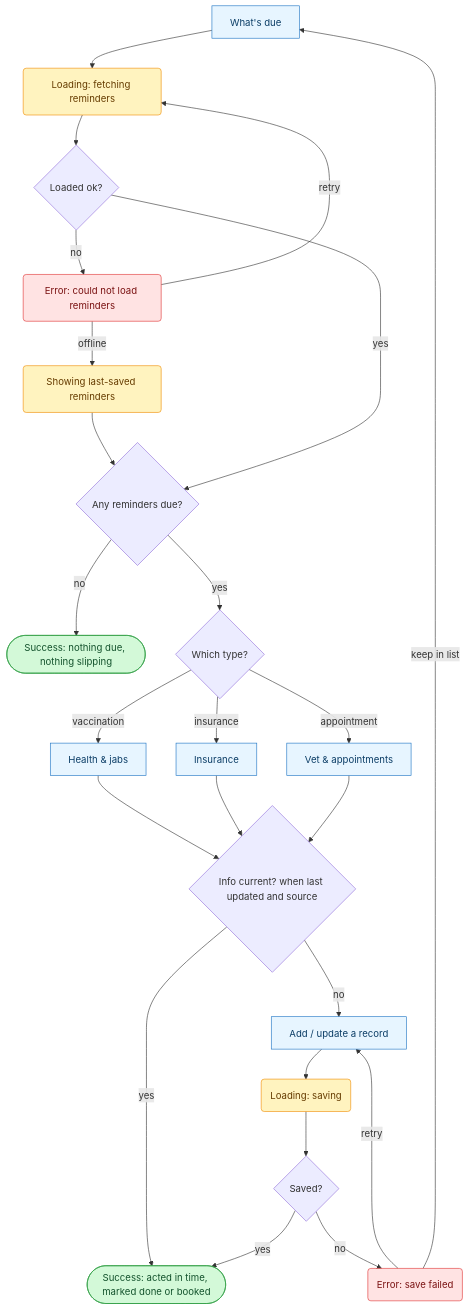
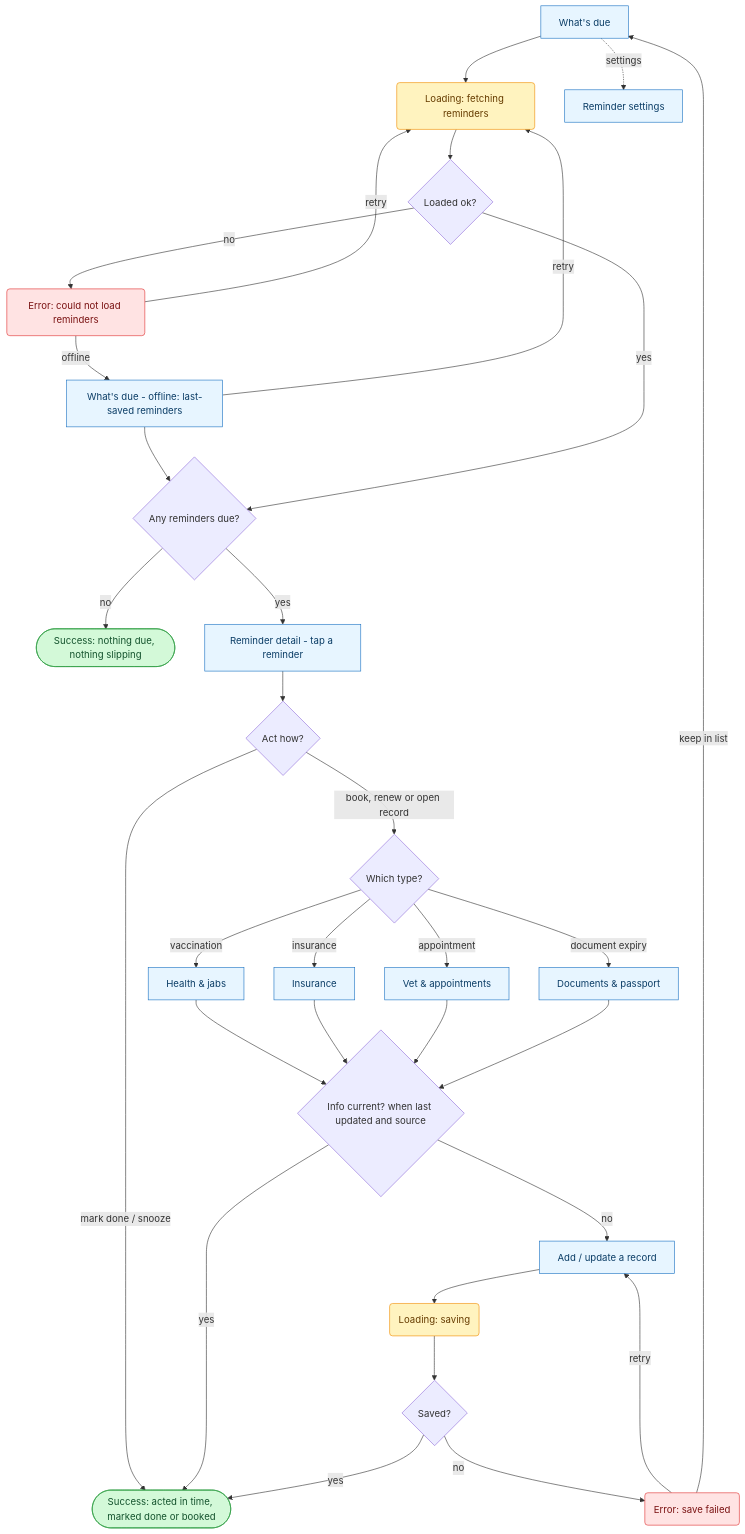
The fourth of 5 diagrams in research/flows.md (anaferens/pet-pal), drawn with Mermaid before and after one commit. The commit also changed other lines of this file and 96 other files, not shown here.

First line of the commit message:
Add missing What's due screens: reminder detail, reminder settings, offline recovery

````diff
--- a/research/flows.md
+++ b/research/flows.md
@@ -213,36 +213,43 @@
 ```mermaid
 flowchart TD
   Whats["What's due"] --> Load("Loading: fetching reminders")
+  Whats -.->|settings| RemSet["Reminder settings"]
   Load --> Q0{"Loaded ok?"}
   Q0 -->|no| Err("Error: could not load reminders")
   Err -->|retry| Load
-  Err -->|offline| Cached("Showing last-saved reminders")
-  Cached --> Q1
+  Err -->|offline| Offline["What's due - offline: last-saved reminders"]
+  Offline -->|retry| Load
+  Offline --> Q1
   Q0 -->|yes| Q1{"Any reminders due?"}
   Q1 -->|no| EmptyDone(["Success: nothing due, nothing slipping"])
-  Q1 -->|yes| Q2{"Which type?"}
-  Q2 -->|vaccination| Health["Health & jabs"]
-  Q2 -->|insurance| Insurance["Insurance"]
-  Q2 -->|appointment| Vet["Vet & appointments"]
+  Q1 -->|yes| Rem["Reminder detail - tap a reminder"]
+  Rem --> Q2{"Act how?"}
+  Q2 -->|mark done / snooze| Acted(["Success: acted in time, marked done or booked"])
+  Q2 -->|book, renew or open record| Q2b{"Which type?"}
+  Q2b -->|vaccination| Health["Health & jabs"]
+  Q2b -->|insurance| Insurance["Insurance"]
+  Q2b -->|appointment| Vet["Vet & appointments"]
+  Q2b -->|document expiry| Docs["Documents & passport"]
   Health --> Q3{"Info current? when last updated and source"}
   Insurance --> Q3
   Vet --> Q3
-  Q3 -->|yes| Acted(["Success: acted in time, marked done or booked"])
+  Docs --> Q3
+  Q3 -->|yes| Acted
   Q3 -->|no| AddRec["Add / update a record"]
   AddRec --> SaveLoad("Loading: saving")
   SaveLoad --> Q4{"Saved?"}
   Q4 -->|no| SaveErr("Error: save failed")
   SaveErr -->|retry| AddRec
   SaveErr -->|keep in list| Whats
   Q4 -->|yes| Acted
 
   classDef screen fill:#e7f5ff,stroke:#1971c2,color:#0b3d66;
   classDef state fill:#fff3bf,stroke:#f08c00,color:#663c00;
   classDef error fill:#ffe3e3,stroke:#e03131,color:#7a1212;
   classDef success fill:#d3f9d8,stroke:#2f9e44,color:#14532d;
   classDef soft fill:#ffe8cc,stroke:#e8590c,color:#7a3000;
-  class Whats,Health,Insurance,Vet,AddRec screen;
-  class Load,SaveLoad,Cached state;
+  class Whats,Rem,RemSet,Offline,Health,Insurance,Vet,Docs,AddRec screen;
+  class Load,SaveLoad state;
   class Err,SaveErr error;
   class EmptyDone,Acted success;
 ```
````
